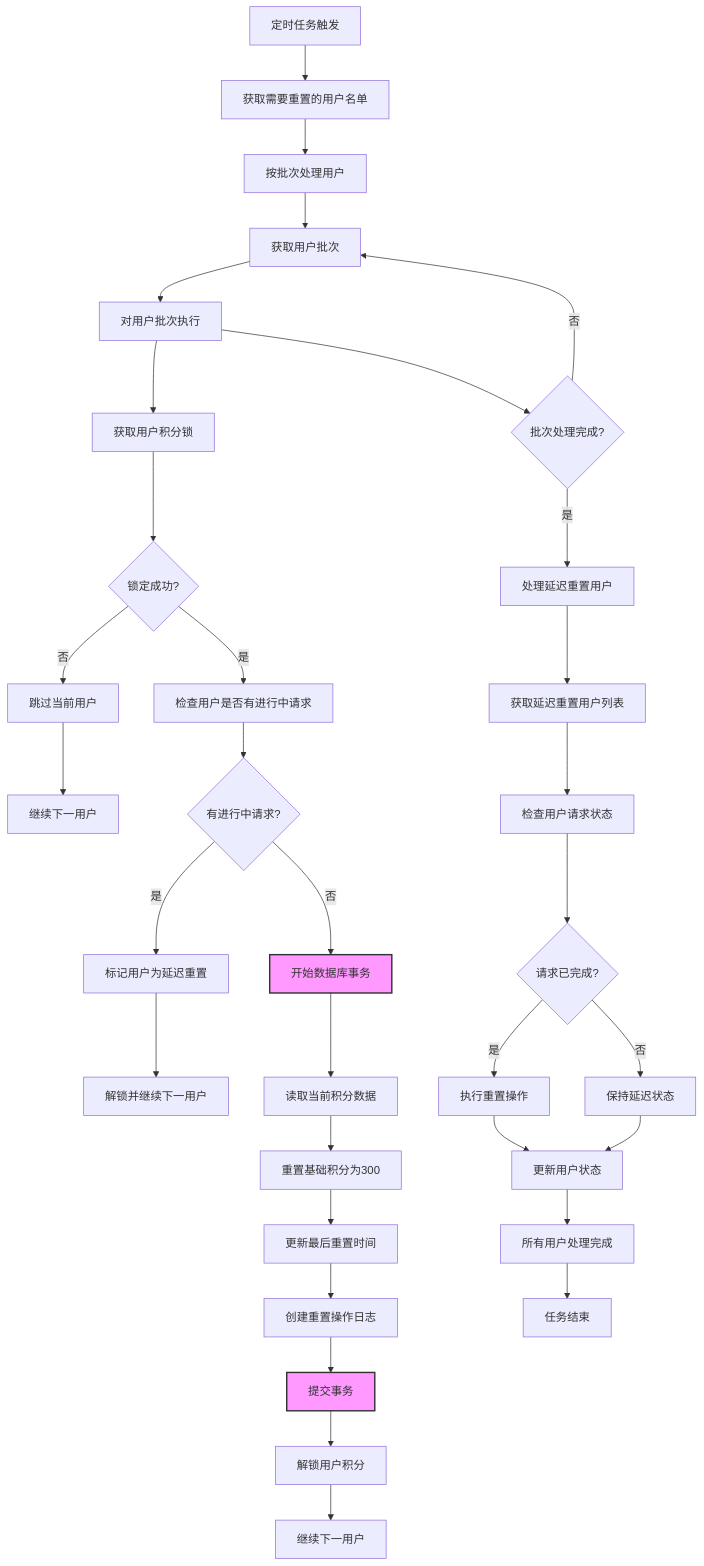
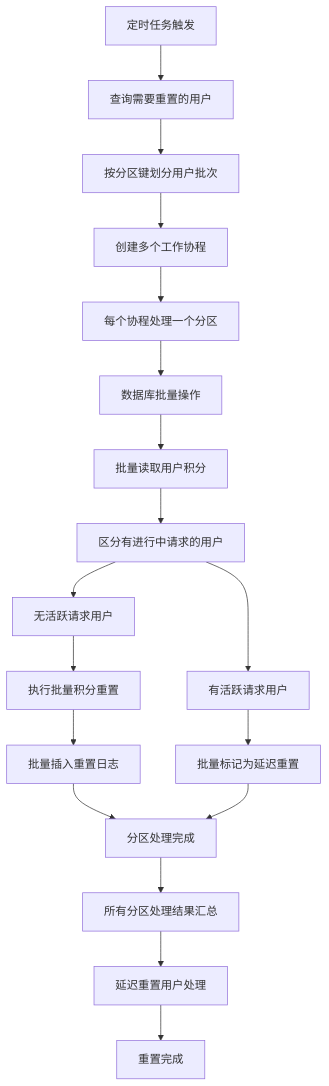
One commit to yingjianzh/iodraw-files changed the diagram in all/未命名-65.md. Above: the diagram before and after it, drawn with Mermaid.

Commit message:
2025-05-22 16:07:41 update

````diff
--- a/all/未命名-65.md
+++ b/all/未命名-65.md
@@ -1,48 +1,27 @@
 ```mermaid
 flowchart TD
-    A[定时任务触发] --> B[获取需要重置的用户名单]
-    B --> C[按批次处理用户]
+    A[定时任务触发] --> B[查询需要重置的用户]
+    B --> C[按分区键划分用户批次]
     
-    C --> D[获取用户批次]
-    D --> E[对用户批次执行]
+    C --> D[创建多个工作协程]
+    D --> E[每个协程处理一个分区]
     
-    E --> F[获取用户积分锁]
-    F --> G{锁定成功?}
+    E --> F[数据库批量操作]
+    F --> G1[批量读取用户积分]
+    G1 --> G2[区分有进行中请求的用户]
     
-    G -->|否| H[跳过当前用户]
-    H --> I[继续下一用户]
+    G2 --> H1[无活跃请求用户]
+    G2 --> H2[有活跃请求用户]
     
-    G -->|是| J[检查用户是否有进行中请求]
-    J --> K{有进行中请求?}
+    H1 --> I[执行批量积分重置]
+    I --> J[批量插入重置日志]
     
-    K -->|是| L[标记用户为延迟重置]
-    L --> M[解锁并继续下一用户]
+    H2 --> K[批量标记为延迟重置]
     
-    K -->|否| N[开始数据库事务]
-    N --> O[读取当前积分数据]
-    O --> P[重置基础积分为300]
-    P --> Q[更新最后重置时间]
-    Q --> R[创建重置操作日志]
-    R --> S[提交事务]
+    J --> L[分区处理完成]
+    K --> L
     
-    S --> T[解锁用户积分]
-    T --> U[继续下一用户]
-    
-    E --> V{批次处理完成?}
-    V -->|否| D
-    V -->|是| W[处理延迟重置用户]
-    
-    W --> X[获取延迟重置用户列表]
-    X --> Y[检查用户请求状态]
-    Y --> Z{请求已完成?}
-    Z -->|是| AA[执行重置操作]
-    Z -->|否| AB[保持延迟状态]
-    AA --> AC[更新用户状态]
-    AB --> AC
-    
-    AC --> AD[所有用户处理完成]
-    AD --> AE[任务结束]
-    
-    style N fill:#f9f,stroke:#333,stroke-width:2px
-    style S fill:#f9f,stroke:#333,stroke-width:2px
+    L --> M[所有分区处理结果汇总]
+    M --> N[延迟重置用户处理]
+    N --> O[重置完成]
 ```
````
